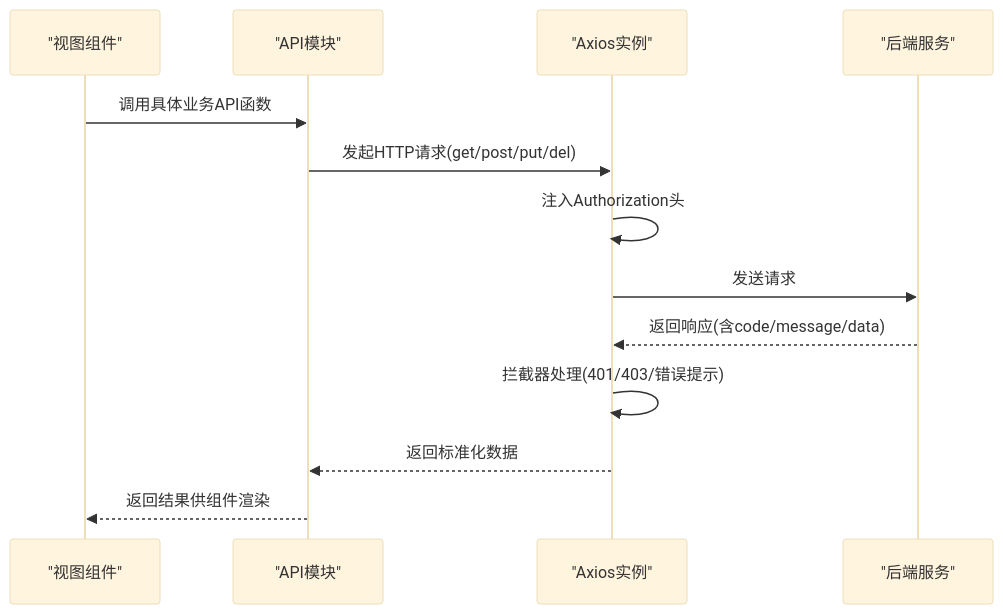
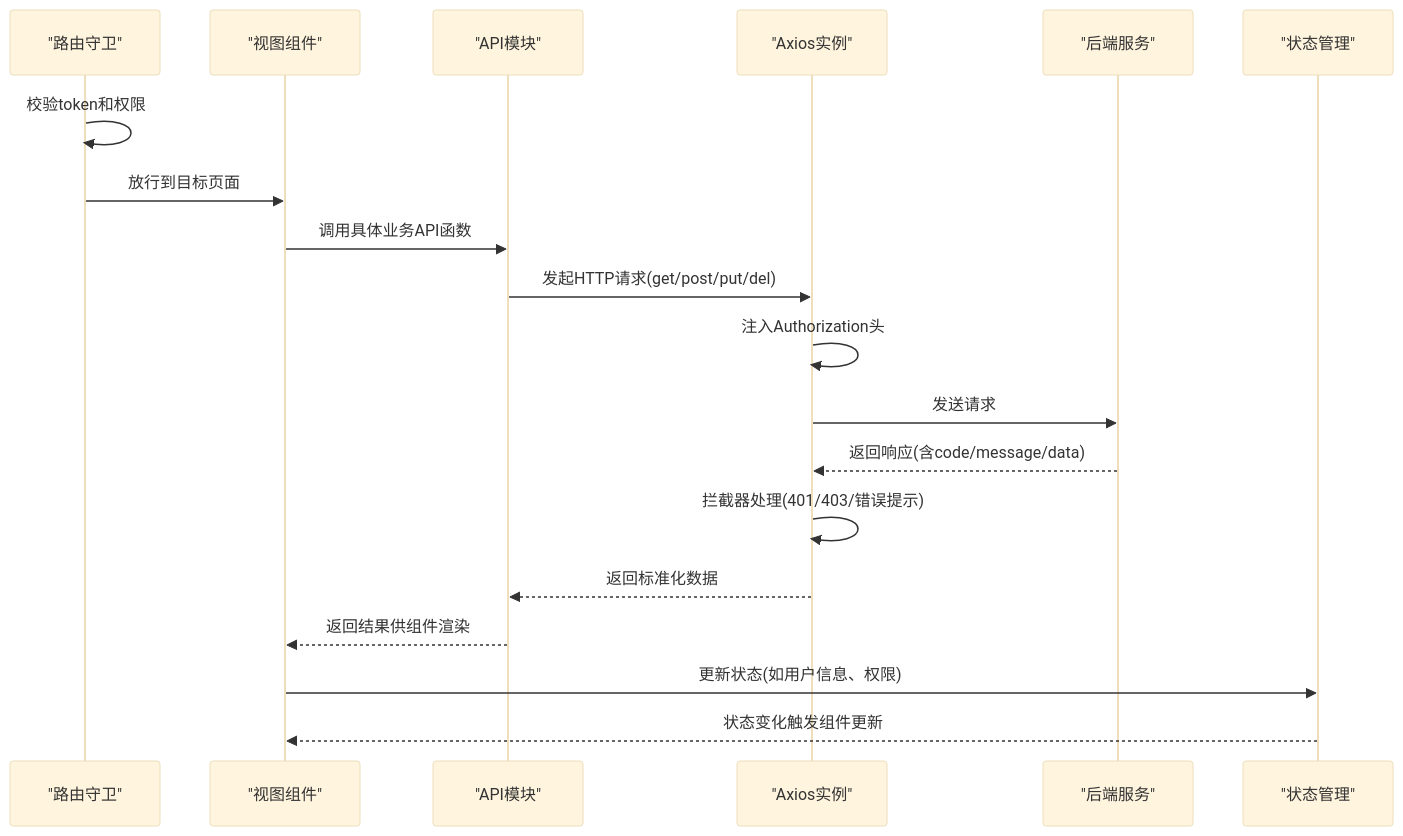
One commit to hecong/hc-vue-demo changed the second of 10 diagrams in .qoder/repowiki/zh/content/业务功能模块.md. Above: the diagram before and after it, drawn with Mermaid (base theme). The commit also changed other lines of this file and 48 other files, not shown here.

````diff
--- a/.qoder/repowiki/zh/content/业务功能模块.md
+++ b/.qoder/repowiki/zh/content/业务功能模块.md
@@ -121,15 +149,21 @@
 ```mermaid
 sequenceDiagram
+participant R as "路由守卫"
 participant V as "视图组件"
 participant API as "API模块"
 participant AX as "Axios实例"
 participant S as "后端服务"
+participant ST as "状态管理"
+R->>R : 校验token和权限
+R->>V : 放行到目标页面
 V->>API : 调用具体业务API函数
 API->>AX : 发起HTTP请求(get/post/put/del)
 AX->>AX : 注入Authorization头
 AX->>S : 发送请求
 S-->>AX : 返回响应(含code/message/data)
 AX->>AX : 拦截器处理(401/403/错误提示)
 AX-->>API : 返回标准化数据
 API-->>V : 返回结果供组件渲染
+V->>ST : 更新状态(如用户信息、权限)
+ST-->>V : 状态变化触发组件更新
 ```
````
